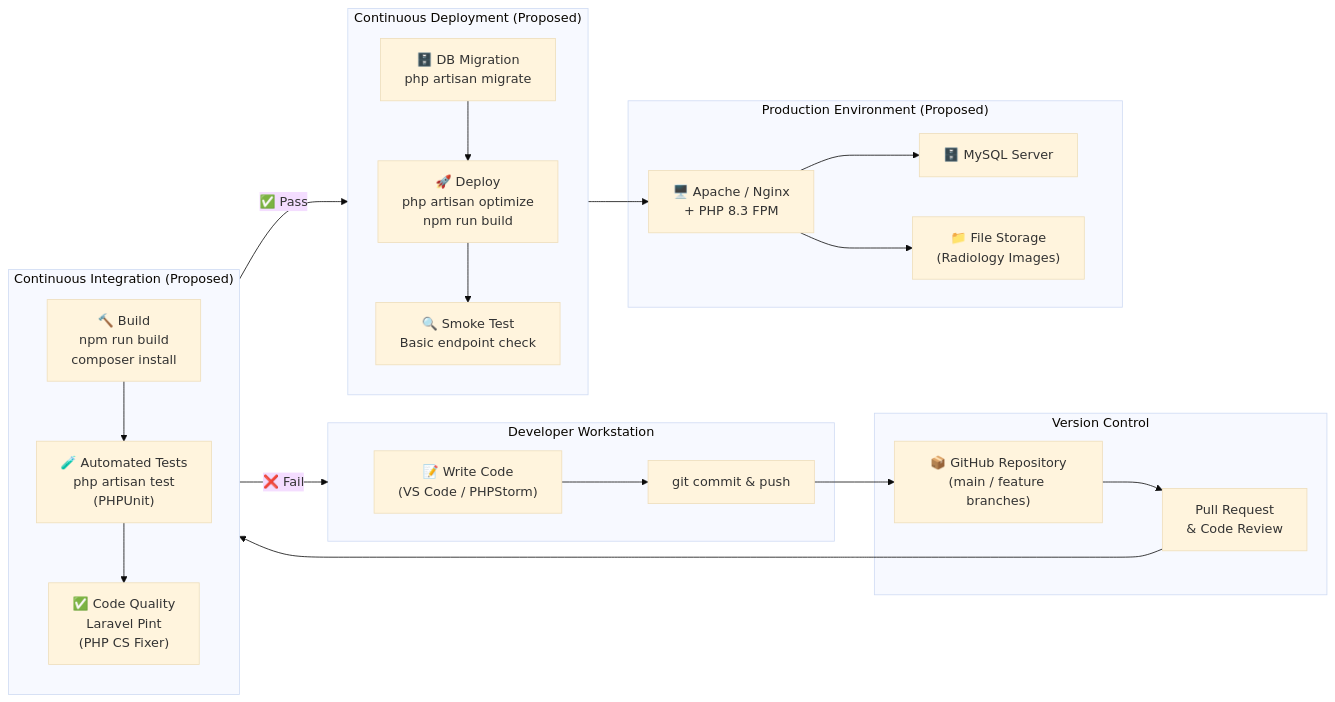
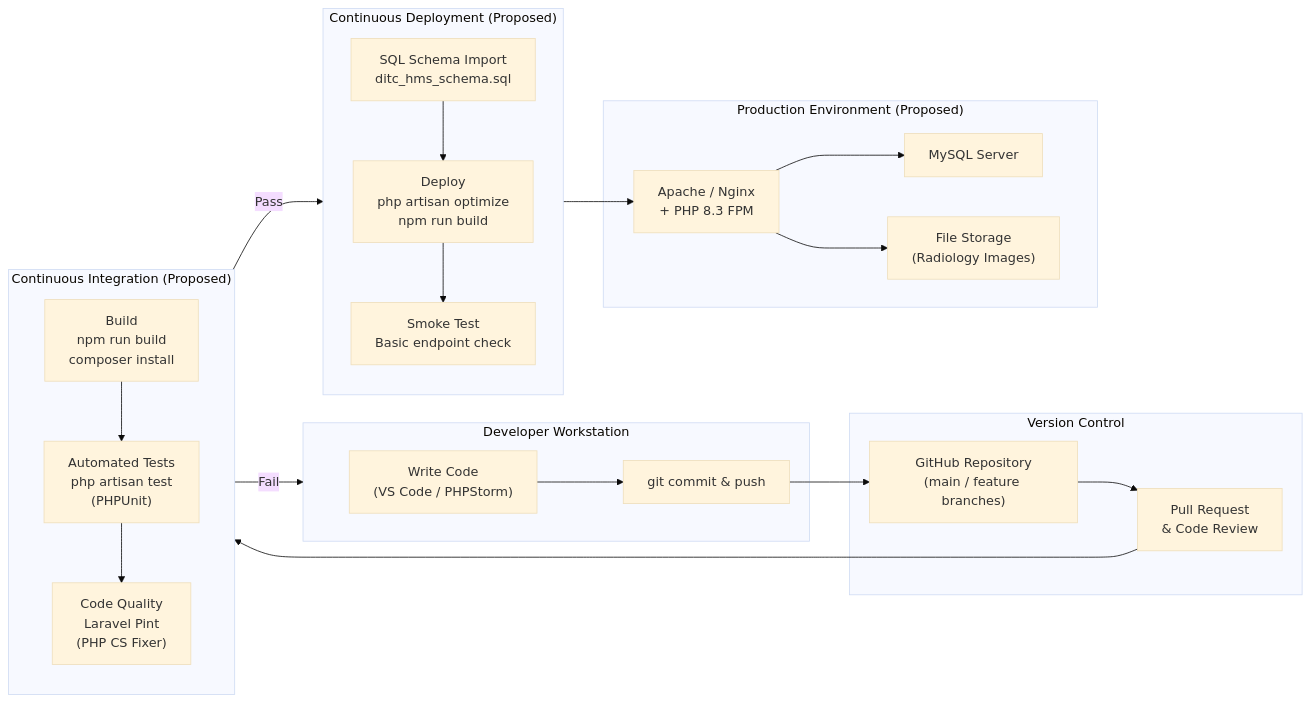
The sixth of 14 diagrams in hims_14_diagrams.md (Lesthermonleon/DTCS), drawn with Mermaid (base theme) before and after one commit. The commit also changed other lines of this file and 98 other files, not shown here.

Commit message:
feat: adopt ditc_hms_schema.sql as database single source of truth and remove obsolete migrations/seeders

````diff
--- a/hims_14_diagrams.md
+++ b/hims_14_diagrams.md
@@ -269,42 +269,42 @@
 ```mermaid
 graph LR
     subgraph DEV["Developer Workstation"]
-        CODE["📝 Write Code\n(VS Code / PHPStorm)"]
+        CODE["Write Code\n(VS Code / PHPStorm)"]
         GIT_COMMIT["git commit & push"]
     end
 
     subgraph REPO["Version Control"]
-        GITHUB["📦 GitHub Repository\n(main / feature branches)"]
+        GITHUB["GitHub Repository\n(main / feature branches)"]
         PR["Pull Request\n& Code Review"]
     end
 
     subgraph CI["Continuous Integration (Proposed)"]
         direction TB
-        BUILD["🔨 Build\nnpm run build\ncomposer install"]
-        TEST["🧪 Automated Tests\nphp artisan test\n(PHPUnit)"]
-        LINT["✅ Code Quality\nLaravel Pint\n(PHP CS Fixer)"]
+        BUILD["Build\nnpm run build\ncomposer install"]
+        TEST["Automated Tests\nphp artisan test\n(PHPUnit)"]
+        LINT["Code Quality\nLaravel Pint\n(PHP CS Fixer)"]
     end
 
     subgraph CD["Continuous Deployment (Proposed)"]
         direction TB
-        MIGRATE["🗄️ DB Migration\nphp artisan migrate"]
-        DEPLOY["🚀 Deploy\nphp artisan optimize\nnpm run build"]
-        SMOKE["🔍 Smoke Test\nBasic endpoint check"]
+        MIGRATE["SQL Schema Import\nditc_hms_schema.sql"]
+        DEPLOY["Deploy\nphp artisan optimize\nnpm run build"]
+        SMOKE["Smoke Test\nBasic endpoint check"]
     end
 
     subgraph PROD["Production Environment (Proposed)"]
-        SERVER["🖥️ Apache / Nginx\n+ PHP 8.3 FPM"]
-        DB["🗄️ MySQL Server"]
-        STORAGE["📁 File Storage\n(Radiology Images)"]
+        SERVER["Apache / Nginx\n+ PHP 8.3 FPM"]
+        DB["MySQL Server"]
+        STORAGE["File Storage\n(Radiology Images)"]
     end
 
     CODE --> GIT_COMMIT --> GITHUB
     GITHUB --> PR --> BUILD
     BUILD --> TEST --> LINT
-    LINT -->|✅ Pass| MIGRATE
-    LINT -->|❌ Fail| DEV
+    LINT -->|Pass| MIGRATE
+    LINT -->|Fail| DEV
     MIGRATE --> DEPLOY --> SMOKE
     SMOKE --> SERVER
     SERVER --> DB
     SERVER --> STORAGE
 ```
````
